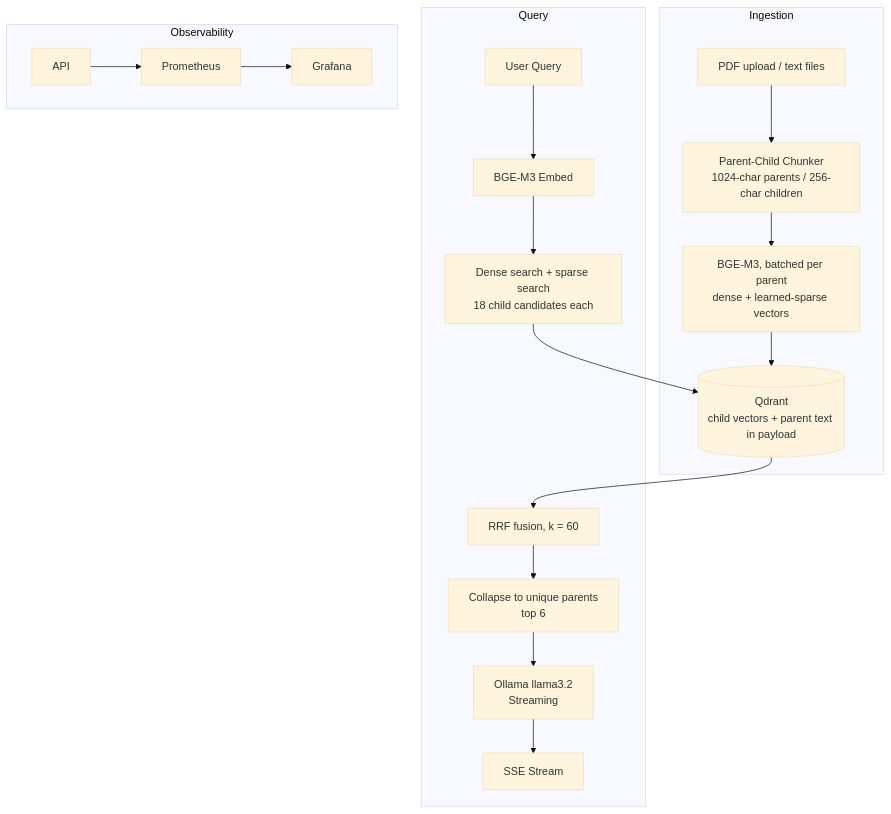
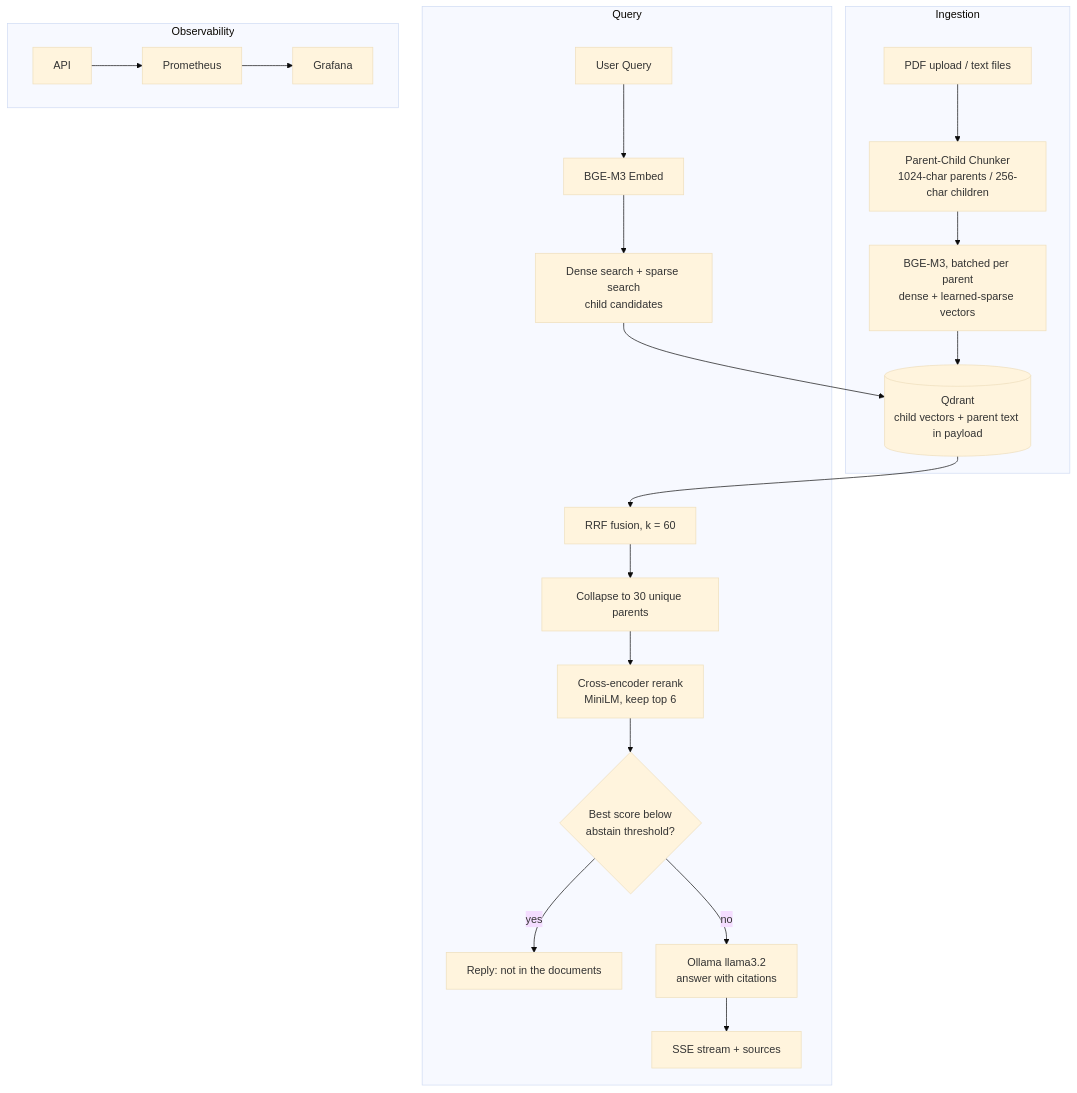
Before and after one commit to aarushi28902/hybrid-rag-pipeline: the diagram in README.md, drawn with Mermaid (base theme). The commit also changed other lines of this file and 15 other files, not shown here.

First line of the commit message:
Add cross-encoder reranking, abstention, citations and a 50-question ablation

````diff
--- a/README.md
+++ b/README.md
@@ -10,23 +10,26 @@
 ```mermaid
 graph TB
     subgraph Ingestion
         PDF[PDF upload / text files] --> Chunker[Parent-Child Chunker\n1024-char parents / 256-char children]
         Chunker --> Embedder[BGE-M3, batched per parent\ndense + learned-sparse vectors]
         Embedder --> Qdrant[(Qdrant\nchild vectors + parent text in payload)]
     end
 
     subgraph Query
         Q[User Query] --> E2[BGE-M3 Embed]
-        E2 --> HS[Dense search + sparse search\n18 child candidates each]
+        E2 --> HS[Dense search + sparse search\nchild candidates]
         HS --> Qdrant
         Qdrant --> RRF[RRF fusion, k = 60]
-        RRF --> Parents[Collapse to unique parents\ntop 6]
-        Parents --> Gen[Ollama llama3.2\nStreaming]
-        Gen --> SSE[SSE Stream]
+        RRF --> Parents[Collapse to 30 unique parents]
+        Parents --> RR[Cross-encoder rerank\nMiniLM, keep top 6]
+        RR --> Gate{Best score below\nabstain threshold?}
+        Gate -- yes --> Abstain["Reply: not in the documents"]
+        Gate -- no --> Gen[Ollama llama3.2\nanswer with citations]
+        Gen --> SSE[SSE stream + sources]
     end
 
     subgraph Observability
         API --> Prometheus[Prometheus]
         Prometheus --> Grafana[Grafana]
     end
 ```
````
